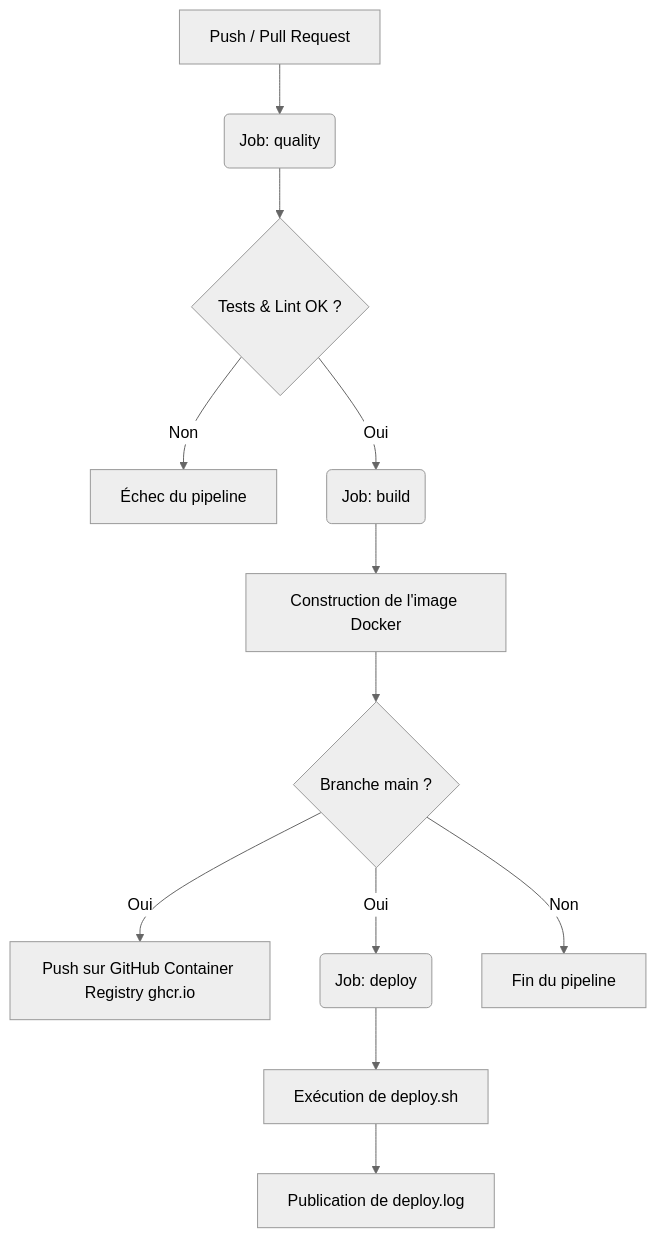
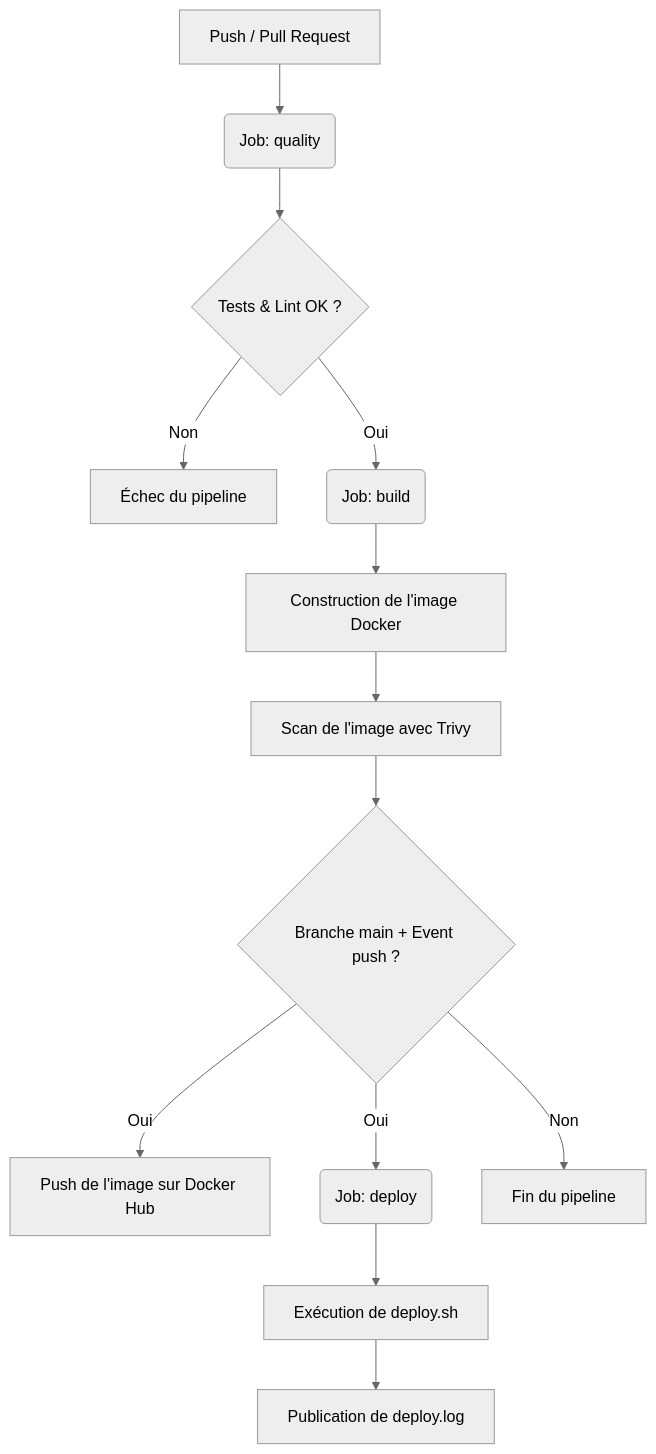
Before and after one commit to RaphaelBensoussan/EC06_app: the diagram in README.md, drawn with Mermaid (neutral theme). The commit also changed other lines of this file and 1 other file, not shown here.

Commit message:
feat: ajout du scan Trivy, push Docker Hub et badge de statut

````diff
--- a/README.md
+++ b/README.md
@@ -42,14 +44,15 @@
 ```mermaid
 flowchart TD
     A[Push / Pull Request] --> B(Job: quality)
     B --> C{Tests & Lint OK ?}
     C -- Non --> D[Échec du pipeline]
     C -- Oui --> E(Job: build)
     E --> F[Construction de l'image Docker]
-    F --> G{Branche main ?}
-    G -- Oui --> H[Push sur GitHub Container Registry ghcr.io]
-    G -- Oui --> I(Job: deploy)
-    G -- Non --> J[Fin du pipeline]
-    I --> K[Exécution de deploy.sh]
-    K --> L[Publication de deploy.log]
+    F --> G[Scan de l'image avec Trivy]
+    G --> H{Branche main + Event push ?}
+    H -- Oui --> I[Push de l'image sur Docker Hub]
+    H -- Oui --> J(Job: deploy)
+    H -- Non --> K[Fin du pipeline]
+    J --> L[Exécution de deploy.sh]
+    L --> M[Publication de deploy.log]
 ```
````
